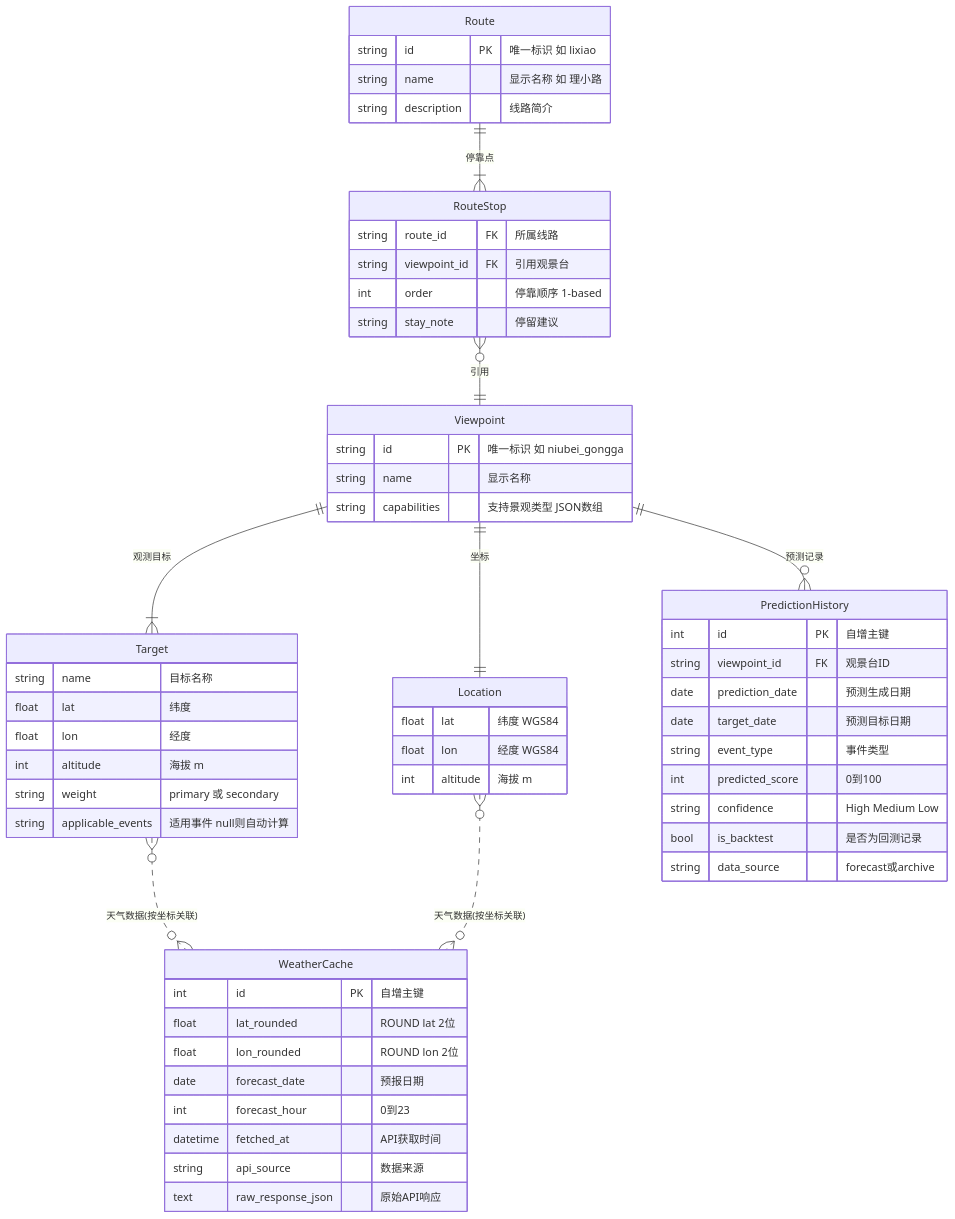
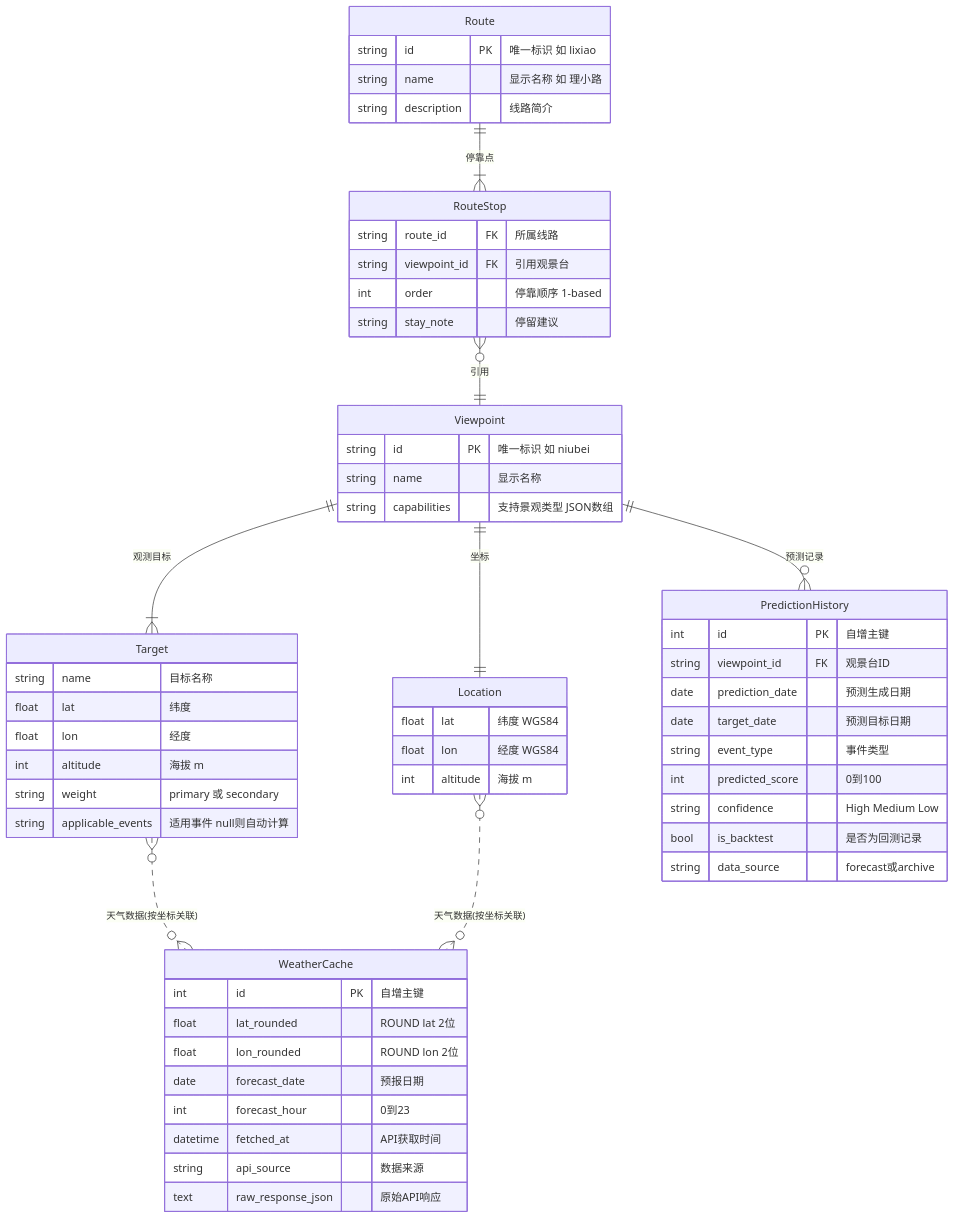
Before and after one commit to mpb159753/golden-moment-predictor: the diagram in design/02-data-model.md, drawn with Mermaid. The commit also changed other lines of this file and 81 other files, not shown here.

````diff
--- a/design/02-data-model.md
+++ b/design/02-data-model.md
@@ -5,61 +5,61 @@
 ```mermaid
 erDiagram
     Viewpoint ||--|| Location : "坐标"
     Viewpoint ||--|{ Target : "观测目标"
     Viewpoint ||--o{ PredictionHistory : "预测记录"
     Route ||--|{ RouteStop : "停靠点"
     RouteStop }o--|| Viewpoint : "引用"
     Target }o..o{ WeatherCache : "天气数据(按坐标关联)"
     Location }o..o{ WeatherCache : "天气数据(按坐标关联)"
 
     Route {
         string id PK "唯一标识 如 lixiao"
         string name "显示名称 如 理小路"
         string description "线路简介"
     }
     RouteStop {
         string route_id FK "所属线路"
         string viewpoint_id FK "引用观景台"
         int order "停靠顺序 1-based"
         string stay_note "停留建议"
     }
     Viewpoint {
-        string id PK "唯一标识 如 niubei_gongga"
+        string id PK "唯一标识 如 niubei"
         string name "显示名称"
         string capabilities "支持景观类型 JSON数组"
     }
     Location {
         float lat "纬度 WGS84"
         float lon "经度 WGS84"
         int altitude "海拔 m"
     }
     Target {
         string name "目标名称"
         float lat "纬度"
         float lon "经度"
         int altitude "海拔 m"
         string weight "primary 或 secondary"
         string applicable_events "适用事件 null则自动计算"
     }
     WeatherCache {
         int id PK "自增主键"
         float lat_rounded "ROUND lat 2位"
         float lon_rounded "ROUND lon 2位"
         date forecast_date "预报日期"
         int forecast_hour "0到23"
         datetime fetched_at "API获取时间"
         string api_source "数据来源"
         text raw_response_json "原始API响应"
     }
     PredictionHistory {
         int id PK "自增主键"
         string viewpoint_id FK "观景台ID"
         date prediction_date "预测生成日期"
         date target_date "预测目标日期"
         string event_type "事件类型"
         int predicted_score "0到100"
         string confidence "High Medium Low"
         bool is_backtest "是否为回测记录"
         string data_source "forecast或archive"
     }
 ```
````
